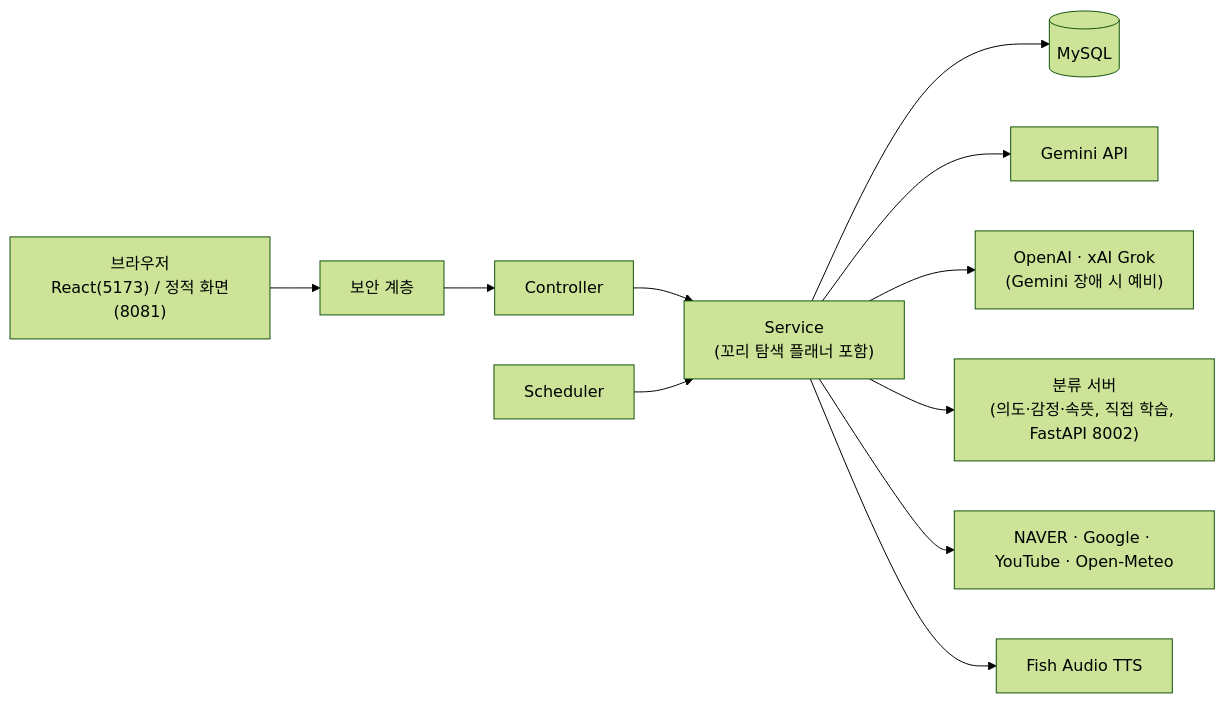
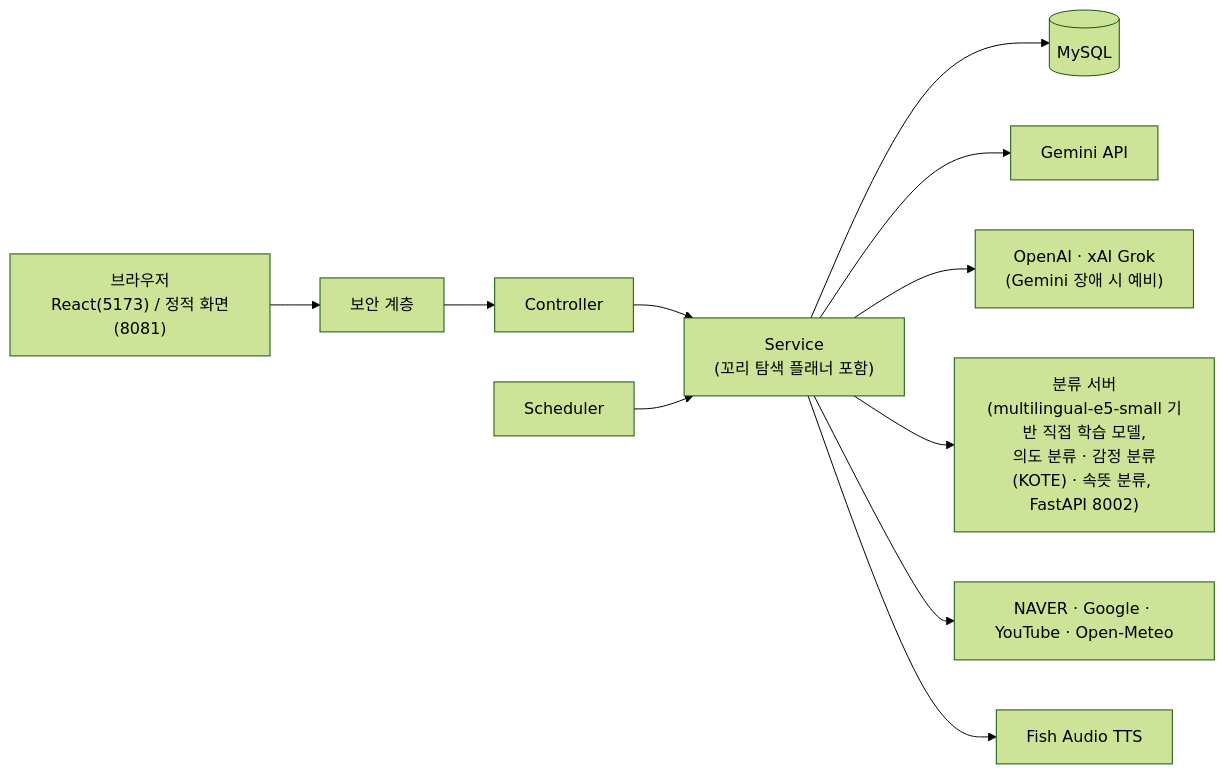
The diagram in README.md (fpshqkxldh1201/ai-project), drawn with Mermaid (forest theme) before and after one commit.

Commit message:
Enhance README with detailed classification server info
Updated the description of the classification server in the architecture diagram and clarified the training model details.

````diff
--- a/README.md
+++ b/README.md
@@ -34,12 +34,12 @@
 ```mermaid
 flowchart LR
     Client["브라우저<br/>React(5173) / 정적 화면(8081)"] --> Sec["보안 계층"]
     Sec --> Ctrl["Controller"] --> Svc["Service<br/>(꼬리 탐색 플래너 포함)"]
     Sched["Scheduler"] --> Svc
     Svc --> DB[("MySQL")]
     Svc --> Gemini["Gemini API"]
     Svc --> Fallback["OpenAI · xAI Grok<br/>(Gemini 장애 시 예비)"]
-    Svc --> Cls["분류 서버<br/>(의도·감정·속뜻, 직접 학습, FastAPI 8002)"]
+    Svc --> Cls["분류 서버<br/>(multilingual-e5-small 기반 직접 학습 모델,<br/>의도 분류 · 감정 분류(KOTE) · 속뜻 분류, FastAPI 8002)"]
     Svc --> Search["NAVER · Google · YouTube · Open-Meteo"]
     Svc --> Tts["Fish Audio TTS"]
 ```
````
